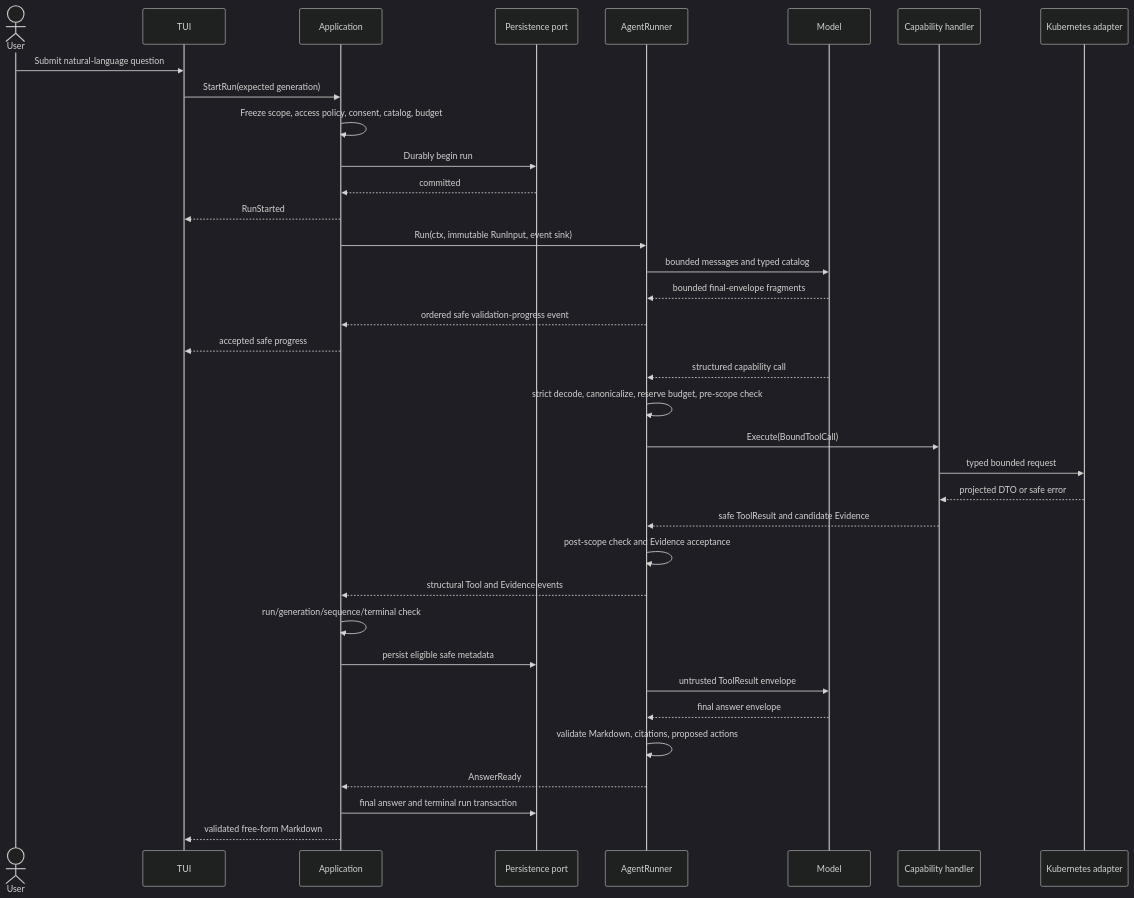
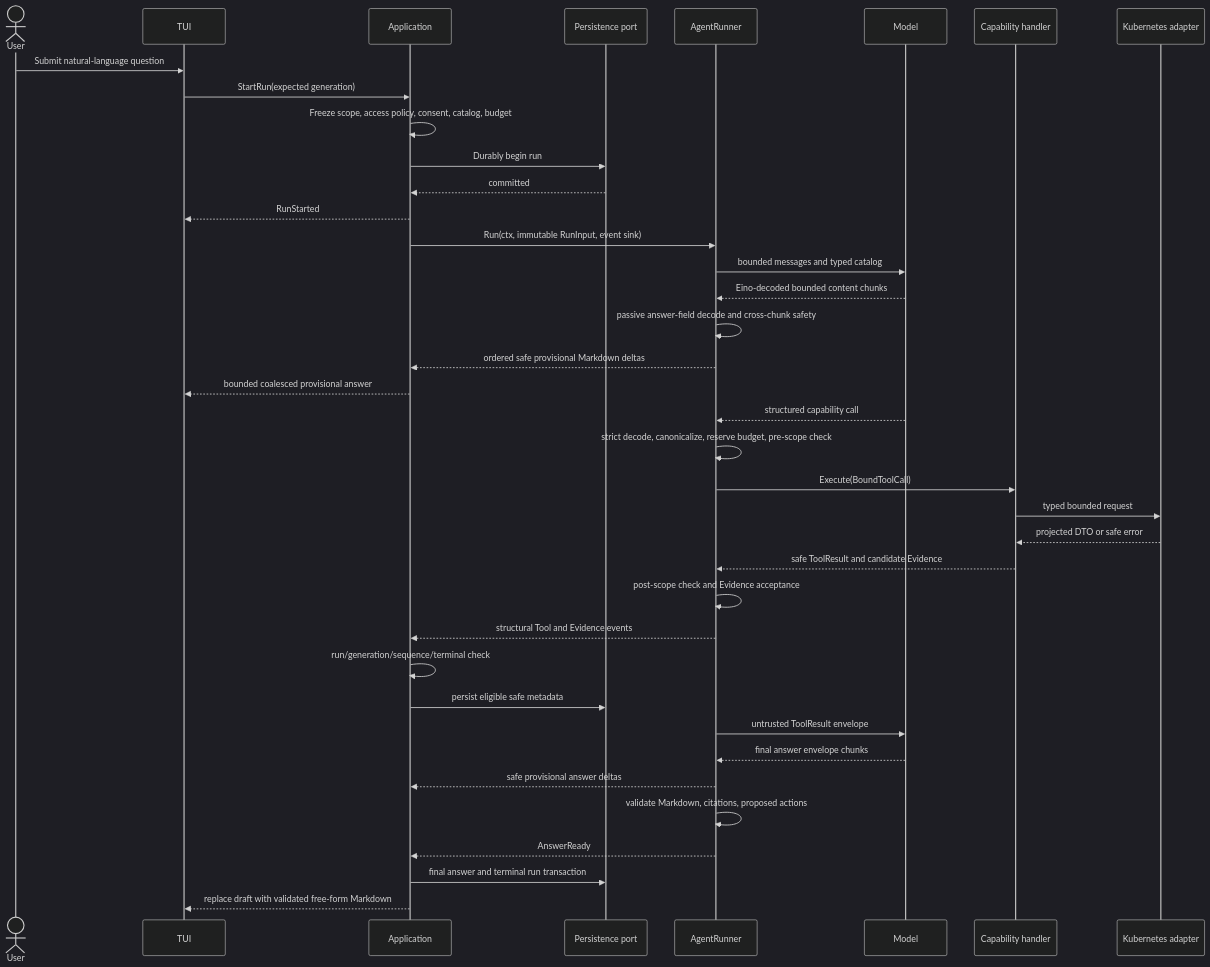
The third of 3 diagrams in docs/architecture.md (imbrooklyn/kupilot), drawn with Mermaid (dark theme) before and after one commit. The commit also changed other lines of this file and 58 other files, not shown here.

Commit message:
Improve model streaming and terminal TUI

````diff
--- a/docs/architecture.md
+++ b/docs/architecture.md
@@ -160,39 +171,41 @@
 ```mermaid
 sequenceDiagram
     actor User
     participant TUI
     participant App as Application
     participant Store as Persistence port
     participant Agent as AgentRunner
     participant Model
     participant Tool as Capability handler
     participant Kube as Kubernetes adapter
 
     User->>TUI: Submit natural-language question
     TUI->>App: StartRun(expected generation)
     App->>App: Freeze scope, access policy, consent, catalog, budget
     App->>Store: Durably begin run
     Store-->>App: committed
     App-->>TUI: RunStarted
     App->>Agent: Run(ctx, immutable RunInput, event sink)
     Agent->>Model: bounded messages and typed catalog
-    Model-->>Agent: bounded final-envelope fragments
-    Agent-->>App: ordered safe validation-progress event
-    App-->>TUI: accepted safe progress
+    Model-->>Agent: Eino-decoded bounded content chunks
+    Agent->>Agent: passive answer-field decode and cross-chunk safety
+    Agent-->>App: ordered safe provisional Markdown deltas
+    App-->>TUI: bounded coalesced provisional answer
     Model-->>Agent: structured capability call
     Agent->>Agent: strict decode, canonicalize, reserve budget, pre-scope check
     Agent->>Tool: Execute(BoundToolCall)
     Tool->>Kube: typed bounded request
     Kube-->>Tool: projected DTO or safe error
     Tool-->>Agent: safe ToolResult and candidate Evidence
     Agent->>Agent: post-scope check and Evidence acceptance
     Agent-->>App: structural Tool and Evidence events
     App->>App: run/generation/sequence/terminal check
     App->>Store: persist eligible safe metadata
     Agent->>Model: untrusted ToolResult envelope
-    Model-->>Agent: final answer envelope
+    Model-->>Agent: final answer envelope chunks
+    Agent-->>App: safe provisional answer deltas
     Agent->>Agent: validate Markdown, citations, proposed actions
     Agent-->>App: AnswerReady
     App->>Store: final answer and terminal run transaction
-    App-->>TUI: validated free-form Markdown
+    App-->>TUI: replace draft with validated free-form Markdown
 ```
````
